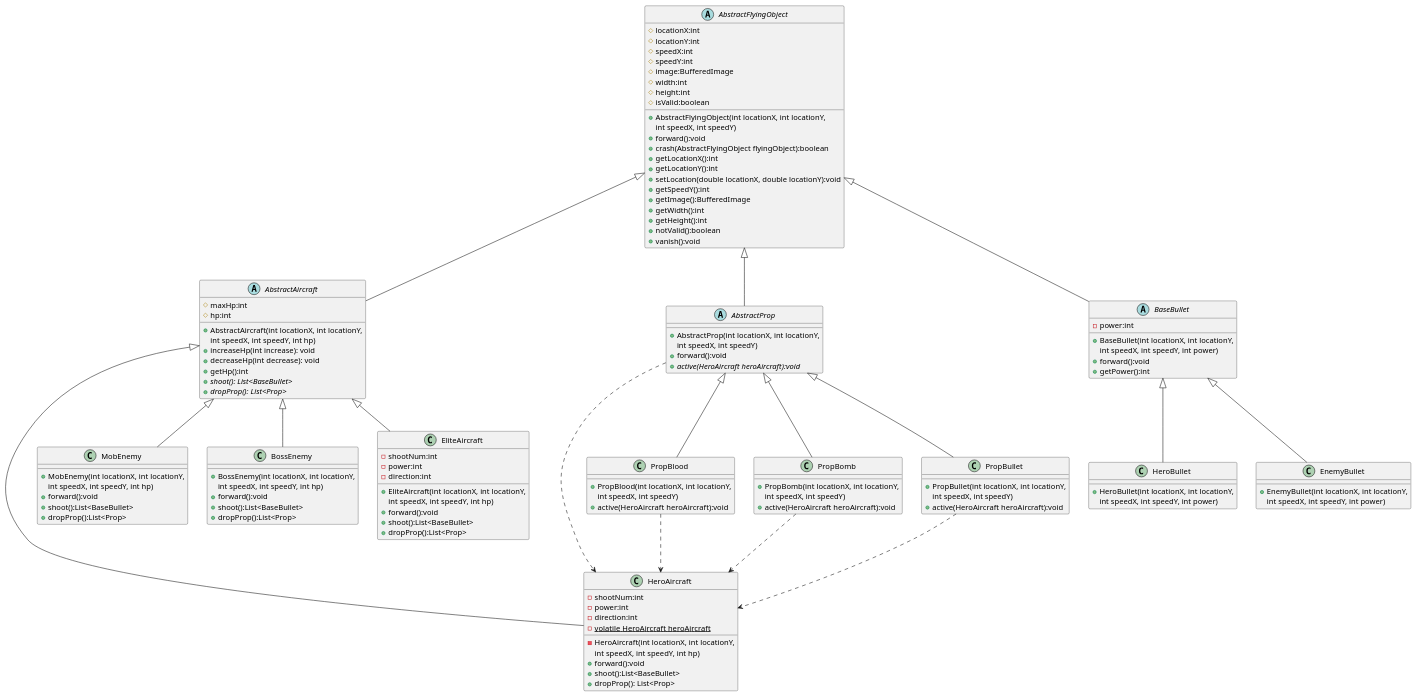
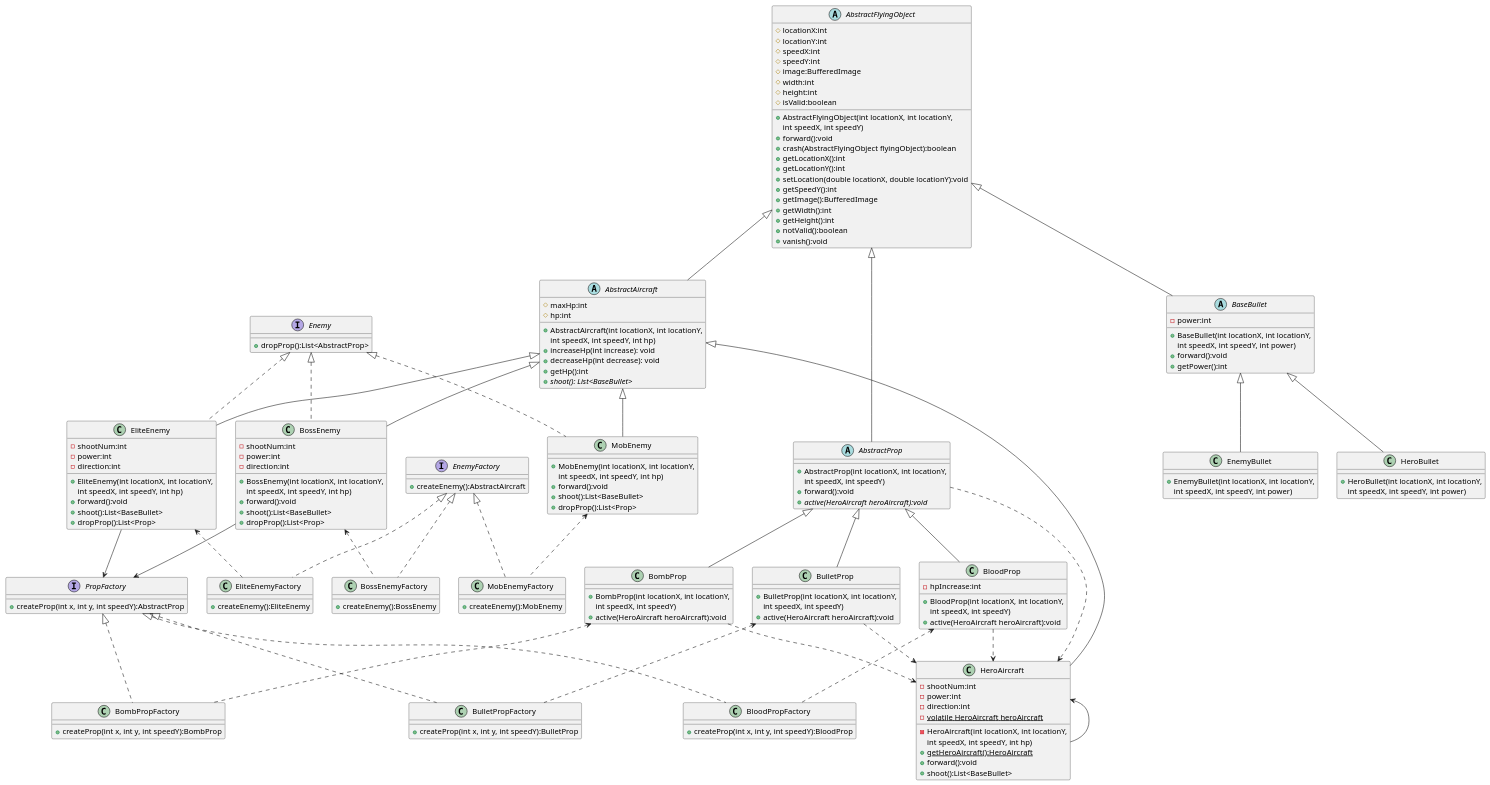
One commit to HaHaRen6/AircraftWar-base changed the diagram in uml/Inheritence.puml. Above: the diagram before and after it, drawn with PlantUML. The commit also changed 1 other file, not shown here.

Commit message:
lab2 uml finish

```diff
--- a/uml/Inheritence.puml
+++ b/uml/Inheritence.puml
@@ -38,10 +38,12 @@
     + decreaseHp(int decrease): void
     + getHp():int
     + {abstract} shoot(): List<BaseBullet>
-    + {abstract} dropProp(): List<Prop>
 }
 AbstractFlyingObject <|-- AbstractAircraft
 
+interface Enemy{
+    + dropProp():List<AbstractProp>
+}
 
 class HeroAircraft {
     - shootNum:int
@@ -51,12 +53,12 @@
 
     - HeroAircraft(int locationX, int locationY,
         int speedX, int speedY, int hp)
+    + {static}getHeroAircraft():HeroAircraft
     + forward():void
     + shoot():List<BaseBullet>
-    + dropProp(): List<Prop>
 }
-
 AbstractAircraft <|-- HeroAircraft
+HeroAircraft <-- HeroAircraft
 
 class MobEnemy {
 
@@ -67,8 +69,12 @@
     + dropProp():List<Prop>
 }
 AbstractAircraft <|-- MobEnemy
+Enemy <|.. MobEnemy
 
 class BossEnemy {
+    - shootNum:int
+    - power:int
+    - direction:int
 
     + BossEnemy(int locationX, int locationY,
         int speedX, int speedY, int hp)
@@ -77,19 +83,23 @@
     + dropProp():List<Prop>
 }
 AbstractAircraft <|-- BossEnemy
+Enemy <|.. BossEnemy
+BossEnemy --> PropFactory
 
-class EliteAircraft {
+class EliteEnemy {
     - shootNum:int
     - power:int
     - direction:int
 
-    + EliteAircraft(int locationX, int locationY,
+    + EliteEnemy(int locationX, int locationY,
         int speedX, int speedY, int hp)
     + forward():void
     + shoot():List<BaseBullet>
     + dropProp():List<Prop>
 }
-AbstractAircraft <|-- EliteAircraft
+AbstractAircraft <|-- EliteEnemy
+Enemy <|.. EliteEnemy
+EliteEnemy --> PropFactory
 
 abstract class AbstractProp
 {
@@ -101,34 +111,36 @@
 AbstractFlyingObject <|-- AbstractProp
 AbstractProp ..> HeroAircraft
 
-class PropBlood
+class BloodProp
 {
-    + PropBlood(int locationX, int locationY,
+    - hpIncrease:int
+
+    + BloodProp(int locationX, int locationY,
         int speedX, int speedY)
     + active(HeroAircraft heroAircraft):void
 }
-AbstractProp <|-- PropBlood
-PropBlood ..> HeroAircraft
+AbstractProp <|-- BloodProp
+BloodProp ..> HeroAircraft
 
-class PropBomb
+class BombProp
 {
 
-    + PropBomb(int locationX, int locationY,
+    + BombProp(int locationX, int locationY,
         int speedX, int speedY)
     + active(HeroAircraft heroAircraft):void
 }
-AbstractProp <|-- PropBomb
-PropBomb ..> HeroAircraft
+AbstractProp <|-- BombProp
+BombProp ..> HeroAircraft
 
-class PropBullet
+class BulletProp
 {
 
-    + PropBullet(int locationX, int locationY,
+    + BulletProp(int locationX, int locationY,
         int speedX, int speedY)
     + active(HeroAircraft heroAircraft):void
 }
-AbstractProp <|-- PropBullet
-PropBullet ..> HeroAircraft
+AbstractProp <|-- BulletProp
+BulletProp ..> HeroAircraft
 
 abstract class BaseBullet
 {
@@ -153,4 +165,48 @@
 }
 BaseBullet <|-- EnemyBullet
 
+interface PropFactory {
+    + createProp(int x, int y, int speedY):AbstractProp
+}
+
+class BloodPropFactory {
+    + createProp(int x, int y, int speedY):BloodProp
+}
+PropFactory <|.. BloodPropFactory
+BloodProp <.. BloodPropFactory
+
+class BombPropFactory {
+    + createProp(int x, int y, int speedY):BombProp
+}
+PropFactory <|.. BombPropFactory
+BombProp <.. BombPropFactory
+
+class BulletPropFactory {
+    + createProp(int x, int y, int speedY):BulletProp
+}
+PropFactory <|.. BulletPropFactory
+BulletProp <.. BulletPropFactory
+
+interface EnemyFactory {
+    + createEnemy():AbstractAircraft
+}
+
+class EliteEnemyFactory {
+    + createEnemy():EliteEnemy
+}
+EnemyFactory <|.. EliteEnemyFactory
+EliteEnemy <.. EliteEnemyFactory
+
+class BossEnemyFactory {
+    + createEnemy():BossEnemy
+}
+EnemyFactory <|.. BossEnemyFactory
+BossEnemy <.. BossEnemyFactory
+
+class MobEnemyFactory {
+    + createEnemy():MobEnemy
+}
+EnemyFactory <|.. MobEnemyFactory
+MobEnemy <.. MobEnemyFactory
+
 @enduml
```
